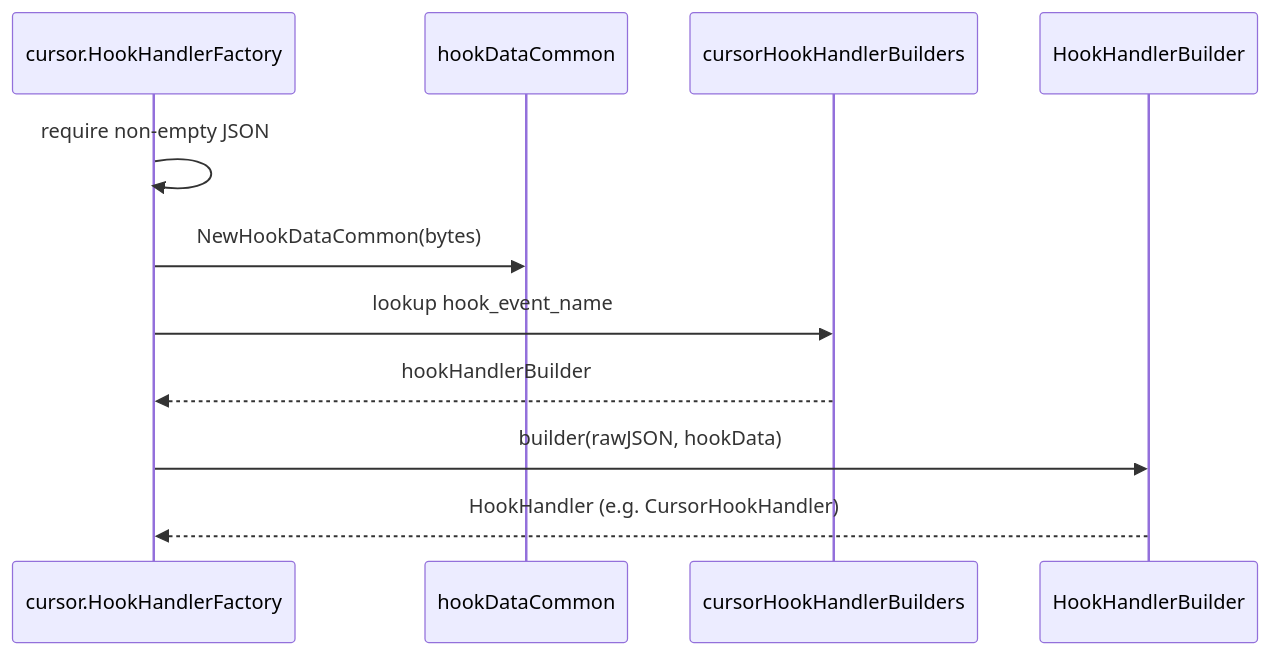
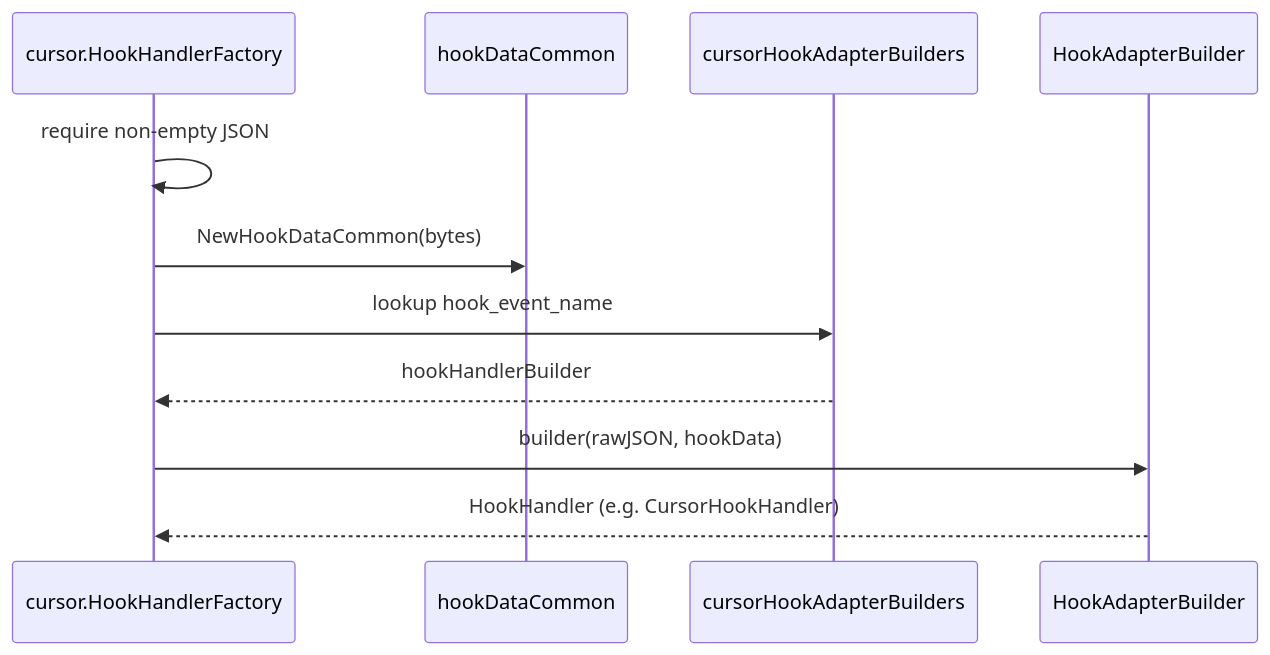
Before and after one commit to sviatsviatsviat/wat: the second of 3 diagrams in README.md, drawn with Mermaid. The commit also changed other lines of this file and 4 other files, not shown here.

````diff
--- a/README.md
+++ b/README.md
@@ -239,14 +231,14 @@
 ```mermaid
 sequenceDiagram
   participant F as cursor.HookHandlerFactory
   participant Data as hookDataCommon
-  participant Map as cursorHookHandlerBuilders
-  participant Build as HookHandlerBuilder
+  participant Map as cursorHookAdapterBuilders
+  participant Build as HookAdapterBuilder
 
   F->>F: require non-empty JSON
   F->>Data: NewHookDataCommon(bytes)
   F->>Map: lookup hook_event_name
   Map-->>F: hookHandlerBuilder
   F->>Build: builder(rawJSON, hookData)
   Build-->>F: HookHandler (e.g. CursorHookHandler)
 ```
````
